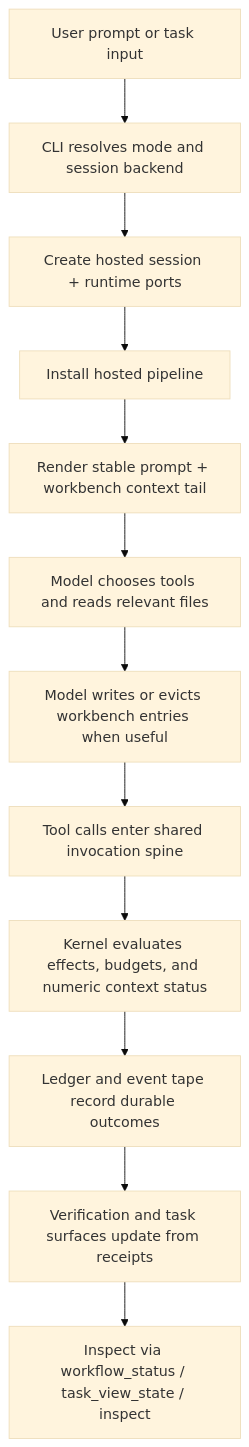
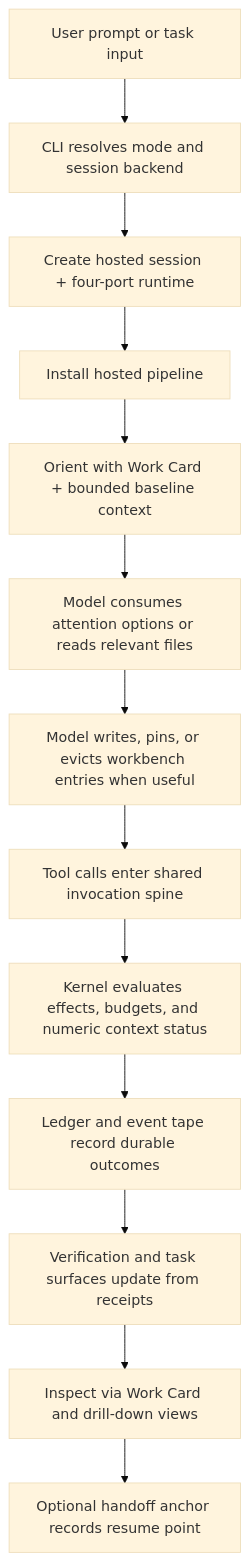
The diagram in docs/journeys/operator/interactive-session.md (arcthur/brewva), drawn with Mermaid (base theme) before and after one commit. The commit also changed other lines of this file and 108 other files, not shown here.

````diff
--- a/docs/journeys/operator/interactive-session.md
+++ b/docs/journeys/operator/interactive-session.md
@@ -50,14 +53,15 @@
 ```mermaid
 flowchart TD
   A["User prompt or task input"] --> B["CLI resolves mode and session backend"]
-  B --> C["Create hosted session + runtime ports"]
+  B --> C["Create hosted session + four-port runtime"]
   C --> D["Install hosted pipeline"]
-  D --> E["Render stable prompt + workbench context tail"]
-  E --> F["Model chooses tools and reads relevant files"]
-  F --> G["Model writes or evicts workbench entries when useful"]
+  D --> E["Orient with Work Card + bounded baseline context"]
+  E --> F["Model consumes attention options or reads relevant files"]
+  F --> G["Model writes, pins, or evicts workbench entries when useful"]
   G --> H["Tool calls enter shared invocation spine"]
   H --> I["Kernel evaluates effects, budgets, and numeric context status"]
   I --> J["Ledger and event tape record durable outcomes"]
   J --> K["Verification and task surfaces update from receipts"]
-  K --> L["Inspect via workflow_status / task_view_state / inspect"]
+  K --> L["Inspect via Work Card and drill-down views"]
+  L --> M["Optional handoff anchor records resume point"]
 ```
````
